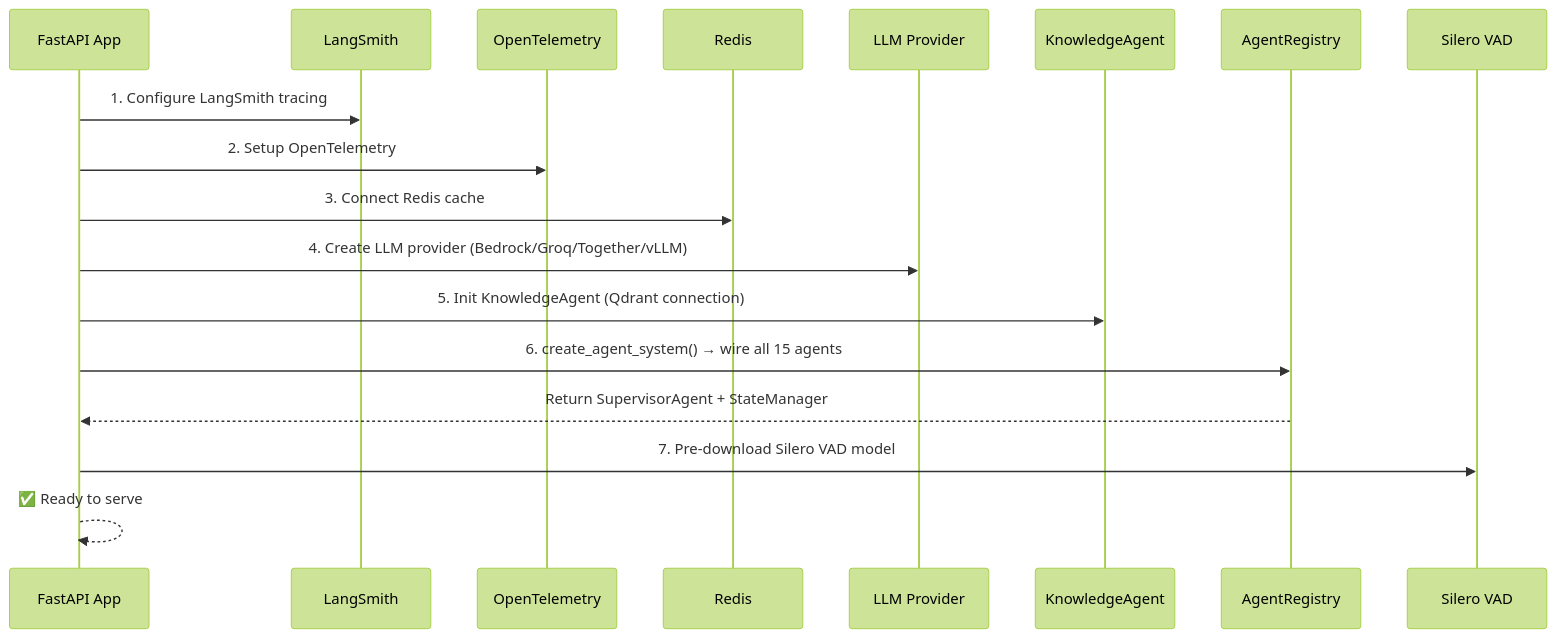
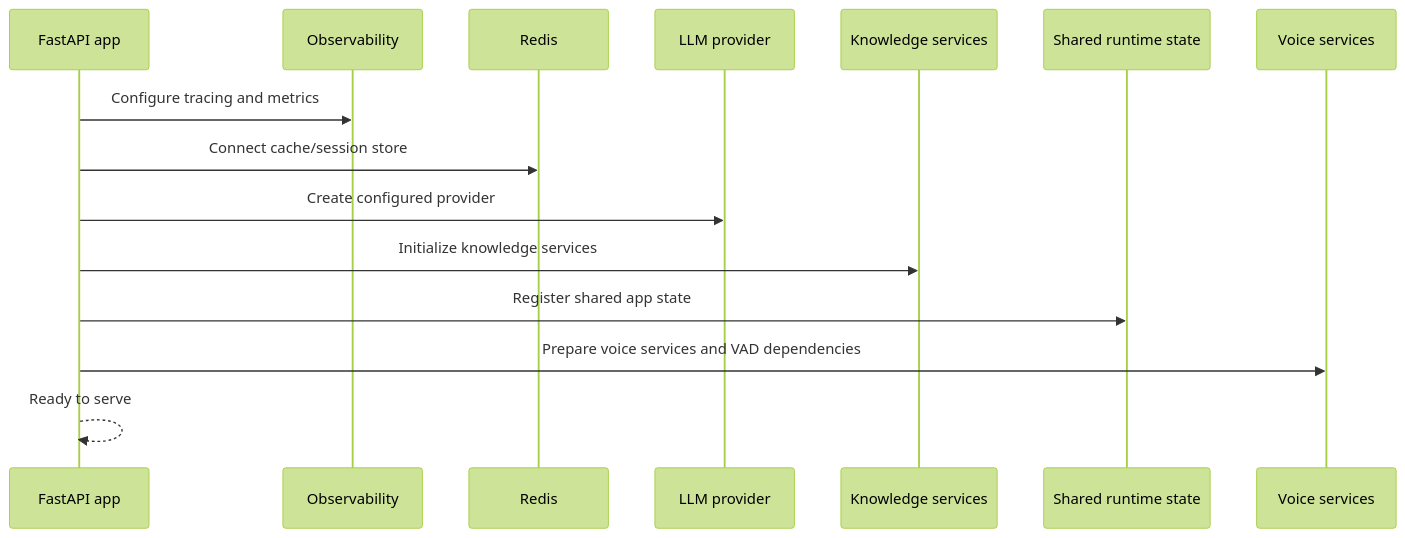
Before and after one commit to cropfresh/Cropfresh_Ai: the second of 2 diagrams in docs/architecture/system-architecture.md, drawn with Mermaid (forest theme). The commit also changed other lines of this file and 51 other files, not shown here.

Commit message:
feat: Implement DINOv2 classifier and YOLO defect detector training pipelines with comprehensive metrics, reporting, and a shared logger.

````diff
--- a/docs/architecture/system-architecture.md
+++ b/docs/architecture/system-architecture.md
@@ -221,21 +137,18 @@
 ```mermaid
 sequenceDiagram
-    participant App as FastAPI App
-    participant LM as LangSmith
-    participant OT as OpenTelemetry
-    participant RD as Redis
-    participant LLM as LLM Provider
-    participant KA as KnowledgeAgent
-    participant AR as AgentRegistry
-    participant VAD as Silero VAD
+    participant App as FastAPI app
+    participant OT as Observability
+    participant Redis as Redis
+    participant LLM as LLM provider
+    participant KB as Knowledge services
+    participant Runtime as Shared runtime state
+    participant Voice as Voice services
 
-    App->>LM: 1. Configure LangSmith tracing
-    App->>OT: 2. Setup OpenTelemetry
-    App->>RD: 3. Connect Redis cache
-    App->>LLM: 4. Create LLM provider (Bedrock/Groq/Together/vLLM)
-    App->>KA: 5. Init KnowledgeAgent (Qdrant connection)
-    App->>AR: 6. create_agent_system() → wire all 15 agents
-    AR-->>App: Return SupervisorAgent + StateManager
-    App->>VAD: 7. Pre-download Silero VAD model
-    App-->>App: ✅ Ready to serve
+    App->>OT: Configure tracing and metrics
+    App->>Redis: Connect cache/session store
+    App->>LLM: Create configured provider
+    App->>KB: Initialize knowledge services
+    App->>Runtime: Register shared app state
+    App->>Voice: Prepare voice services and VAD dependencies
+    App-->>App: Ready to serve
 ```
````
